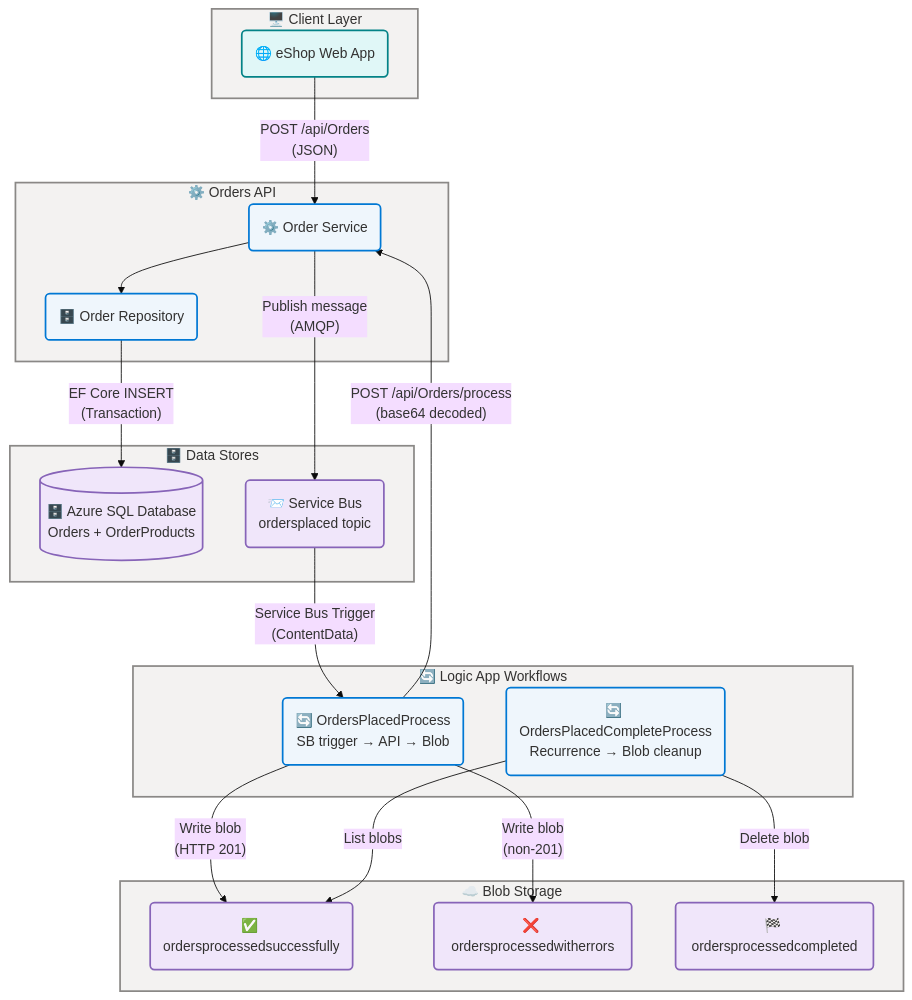
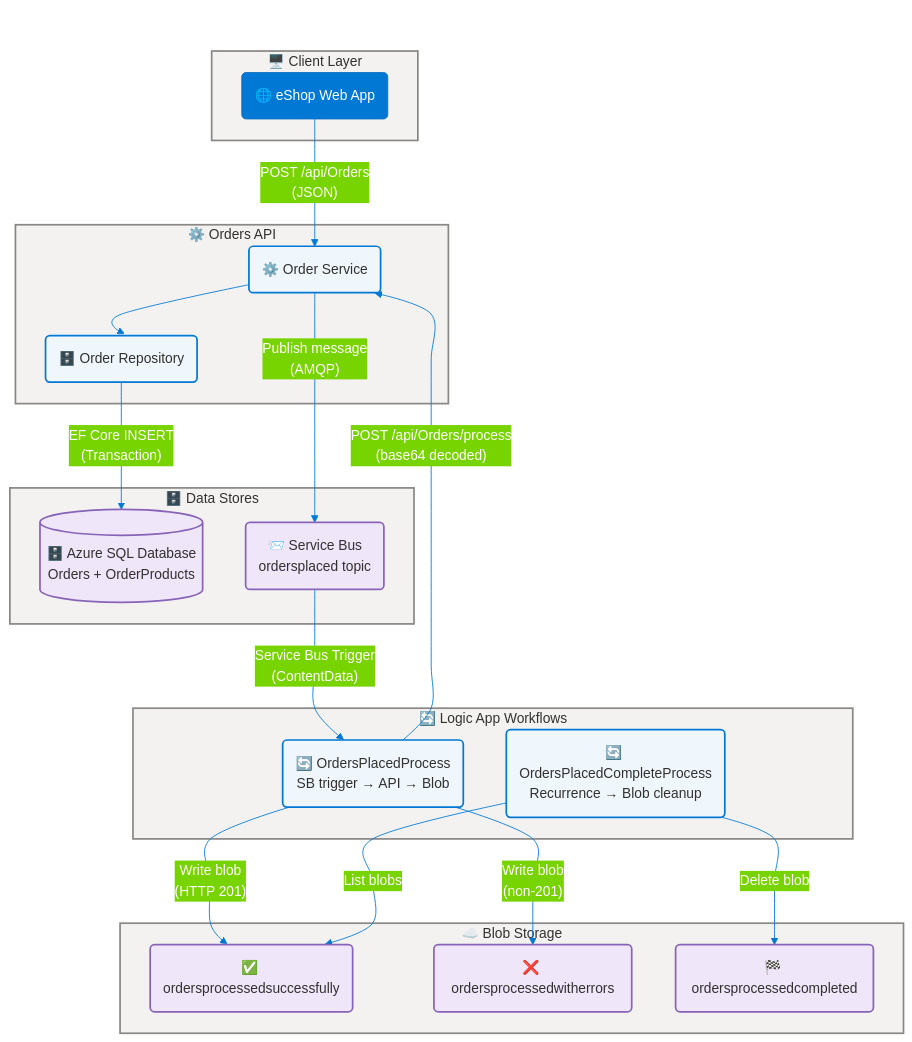
One commit to Evilazaro/Azure-LogicApps-Monitoring changed the sixth of 7 diagrams in docs/architecture/data-architecture.md. Above: the diagram before and after it, drawn with Mermaid. The commit also changed other lines of this file, not shown here.

Commit message:
Enhance Mermaid diagrams with improved titles, styling, and curve settings for better clarity and consistency

````diff
--- a/docs/architecture/data-architecture.md
+++ b/docs/architecture/data-architecture.md
@@ -852,13 +881,19 @@
 ```mermaid
 ---
+title: eShop Order Data Flow and Integration Diagram
 config:
   theme: base
   look: classic
   layout: dagre
   themeVariables:
     fontSize: '16px'
+    primaryColor: '#0078D4'
+    primaryBorderColor: '#106EBE'
+    primaryTextColor: '#FFFFFF'
+    lineColor: '#0078D4'
   flowchart:
     htmlLabels: true
+    curve: cardinal
 ---
 flowchart TB
     accTitle: eShop Order Data Flow and Integration Diagram
@@ -917,11 +952,12 @@
     style WorkflowLayer fill:#F3F2F1,stroke:#8A8886,stroke-width:2px,color:#323130
     style BlobLayer fill:#F3F2F1,stroke:#8A8886,stroke-width:2px,color:#323130
 
+    classDef neutral fill:#FAFAFA,stroke:#8A8886,stroke-width:2px,color:#323130
     classDef core fill:#EFF6FC,stroke:#0078D4,stroke-width:2px,color:#323130
+    classDef success fill:#DFF6DD,stroke:#107C10,stroke-width:2px,color:#323130
+    classDef danger fill:#FDE7E9,stroke:#D13438,stroke-width:2px,color:#323130
     classDef data fill:#F0E6FA,stroke:#8764B8,stroke-width:2px,color:#323130
     classDef external fill:#E0F7F7,stroke:#038387,stroke-width:2px,color:#323130
-
-    WA:::external
     OS:::core
     OR:::core
     SQL:::data
````
